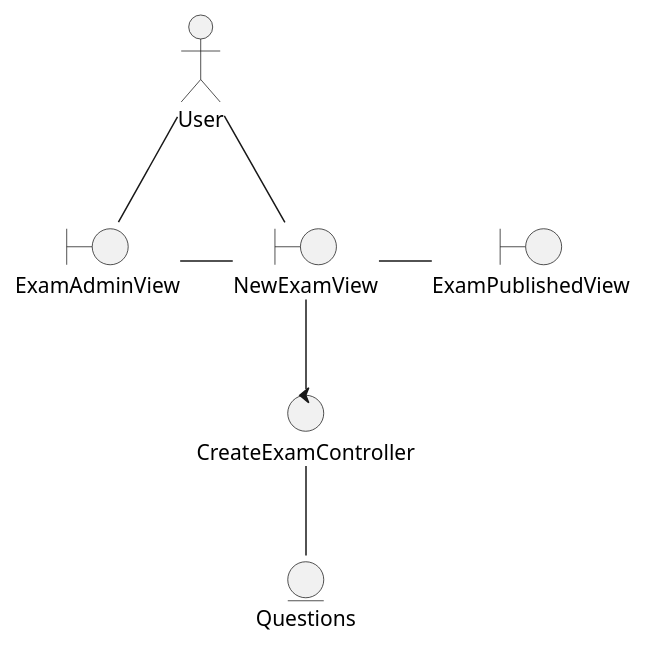
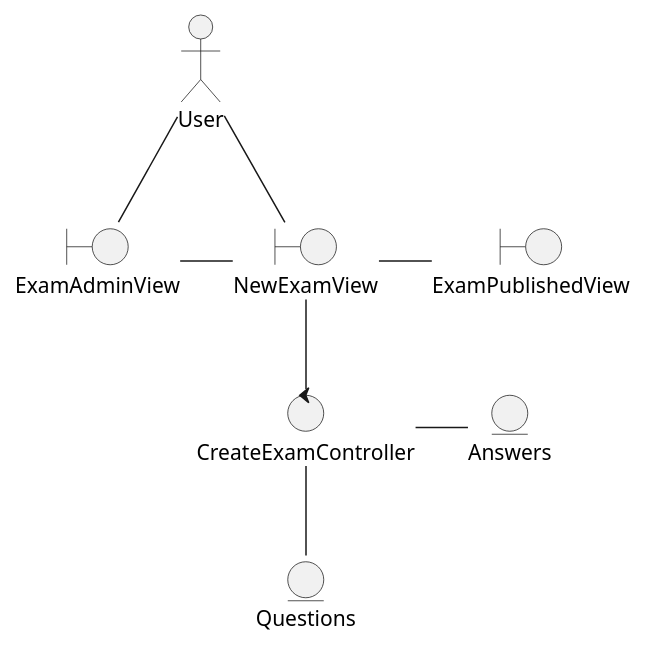
One commit to TheSProyect/Proyecto-IS-Grupo-1 changed the diagram in docs/logicalView/analysisView/UC-CreateExam-analysisClassDiagram.plantuml. Above: the diagram before and after it, drawn with PlantUML. The commit also changed 26 other files, not shown here.

```diff
--- a/docs/logicalView/analysisView/UC-CreateExam-analysisClassDiagram.plantuml
+++ b/docs/logicalView/analysisView/UC-CreateExam-analysisClassDiagram.plantuml
@@ -1,26 +1,28 @@
 @startuml
 skinparam style strictuml
 
 
 actor User
 
 boundary ExamAdminView
 boundary NewExamView
 boundary ExamPublishedView
 
 entity Questions
+entity Answers
 
 control CreateExamController
 
 User -- ExamAdminView
 User -- NewExamView
 ExamAdminView -r- NewExamView
 NewExamView -r- ExamPublishedView
 
 NewExamView -- CreateExamController
 
 
 CreateExamController -- Questions
+CreateExamController -r- Answers
 
 
 @enduml
```
